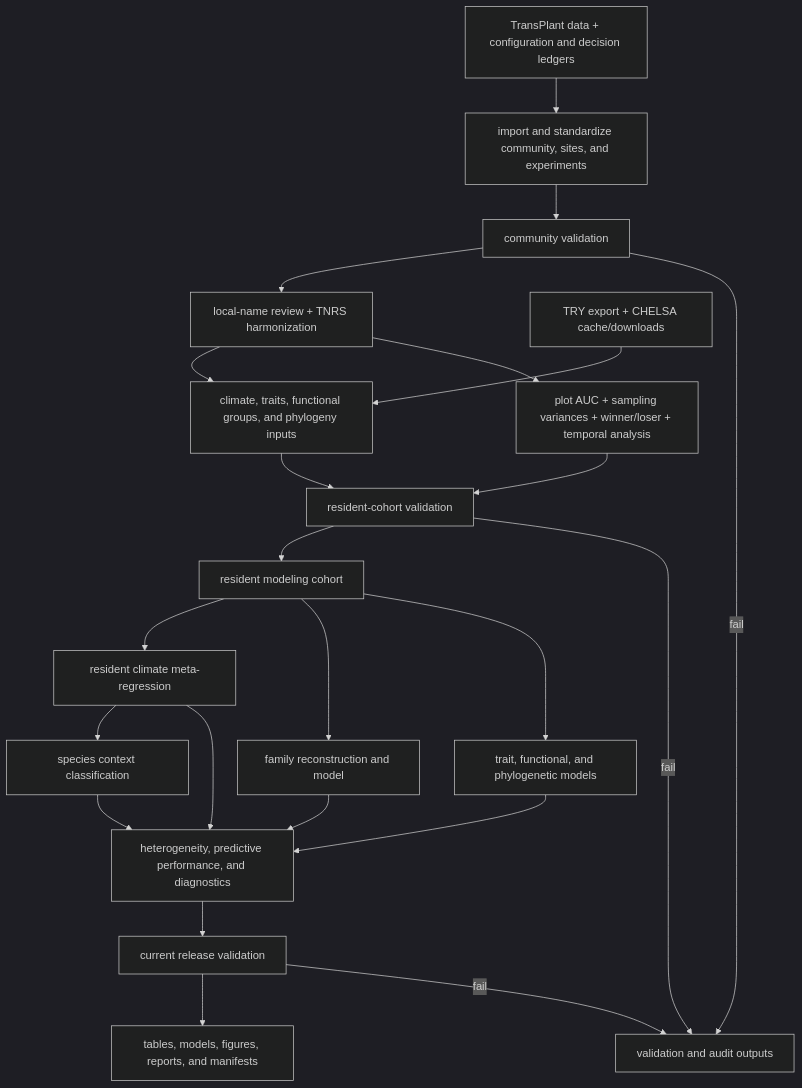
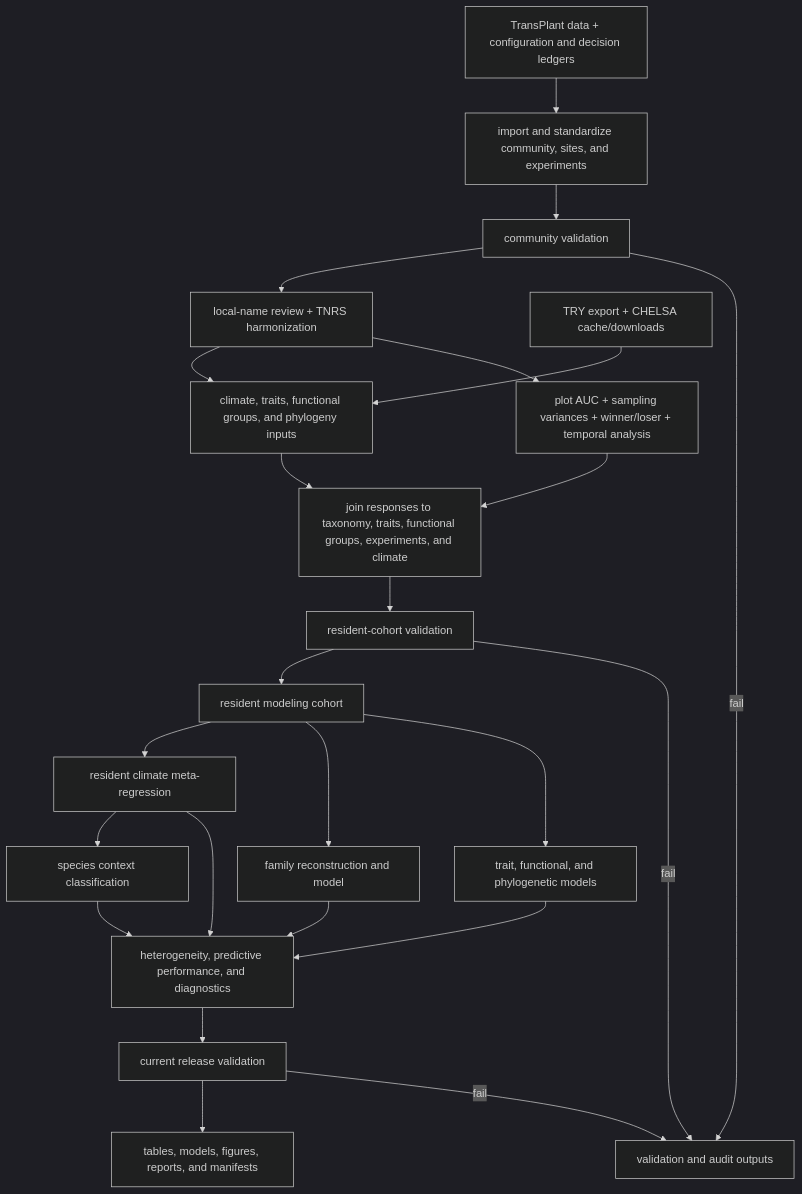
The diagram in WORKFLOW_README.md (billurbektas/TransPlant_winners_losers), drawn with Mermaid (dark theme) before and after one commit. The commit also changed other lines of this file and 46 other files, not shown here.

````diff
--- a/WORKFLOW_README.md
+++ b/WORKFLOW_README.md
@@ -10,31 +13,32 @@
 ```mermaid
 flowchart TD
   source["TransPlant data + configuration and decision ledgers"] --> community["import and standardize community, sites, and experiments"]
   community --> dataGate["community validation"]
   dataGate --> taxonomy["local-name review + TNRS harmonization"]
 
   external["TRY export + CHELSA cache/downloads"] --> covariates["climate, traits, functional groups, and phylogeny inputs"]
   taxonomy --> covariates
   taxonomy --> responses["plot AUC + sampling variances + winner/loser + temporal analysis"]
+  covariates --> analysisDataset["join responses to taxonomy, traits, functional groups, experiments, and climate"]
+  responses --> analysisDataset
 
-  covariates --> cohortGate["resident-cohort validation"]
-  responses --> cohortGate
+  analysisDataset --> cohortGate["resident-cohort validation"]
   cohortGate --> cohort["resident modeling cohort"]
 
   cohort --> climateModel["resident climate meta-regression"]
   cohort --> familyModel["family reconstruction and model"]
   cohort --> predictorModels["trait, functional, and phylogenetic models"]
   climateModel --> speciesContext["species context classification"]
 
   climateModel --> synthesis["heterogeneity, predictive performance, and diagnostics"]
   familyModel --> synthesis
   predictorModels --> synthesis
   speciesContext --> synthesis
 
   synthesis --> releaseGate["current release validation"]
   releaseGate --> release["tables, models, figures, reports, and manifests"]
 
   dataGate -->|fail| audits["validation and audit outputs"]
   cohortGate -->|fail| audits
   releaseGate -->|fail| audits
 ```
````
